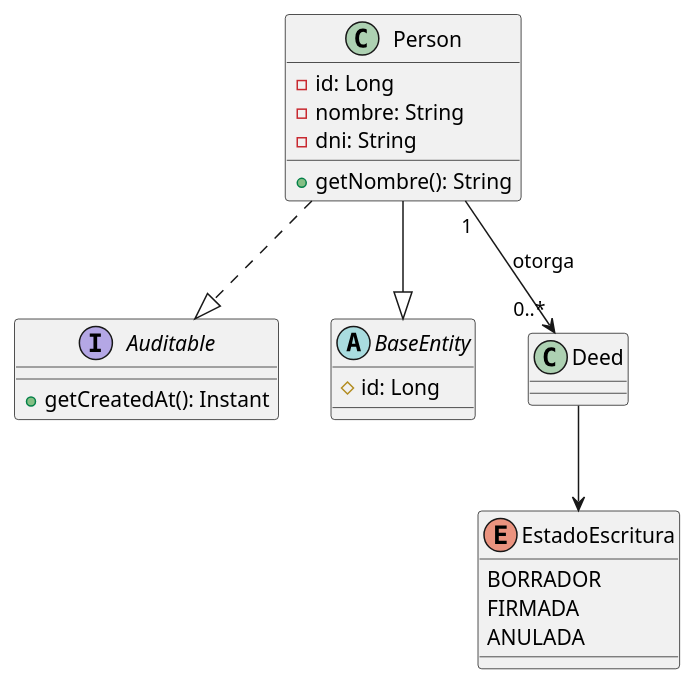
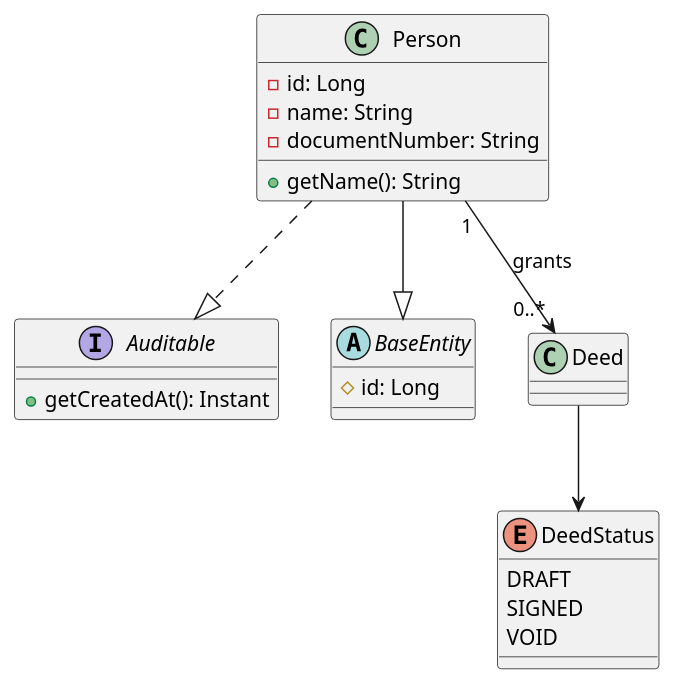
Before and after one commit to matiaspakua/notaire: the first of 18 diagrams in .claude/skills/plantuml/references/diagram-types.md, drawn with PlantUML. The commit also changed other lines of this file and 52 other files, not shown here.

````diff
--- a/.claude/skills/plantuml/references/diagram-types.md
+++ b/.claude/skills/plantuml/references/diagram-types.md
@@ -50,29 +50,29 @@
 ```plantuml
 @startuml
 class Person {
   -id: Long
-  -nombre: String
-  -dni: String
-  +getNombre(): String
+  -name: String
+  -documentNumber: String
+  +getName(): String
 }
 
 interface Auditable {
   +getCreatedAt(): Instant
 }
 
 abstract class BaseEntity {
   #id: Long
 }
 
-enum EstadoEscritura {
-  BORRADOR
-  FIRMADA
-  ANULADA
+enum DeedStatus {
+  DRAFT
+  SIGNED
+  VOID
 }
 
 Person --|> BaseEntity
 Person ..|> Auditable
-Person "1" --> "0..*" Deed : otorga
-Deed --> EstadoEscritura
+Person "1" --> "0..*" Deed : grants
+Deed --> DeedStatus
 @enduml
 ```
````
